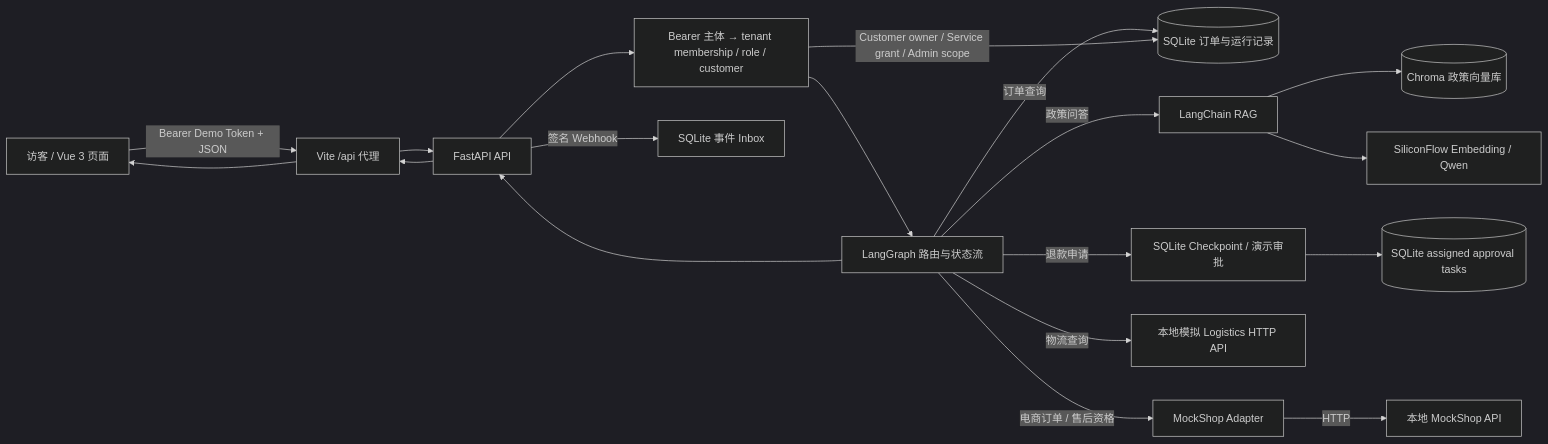
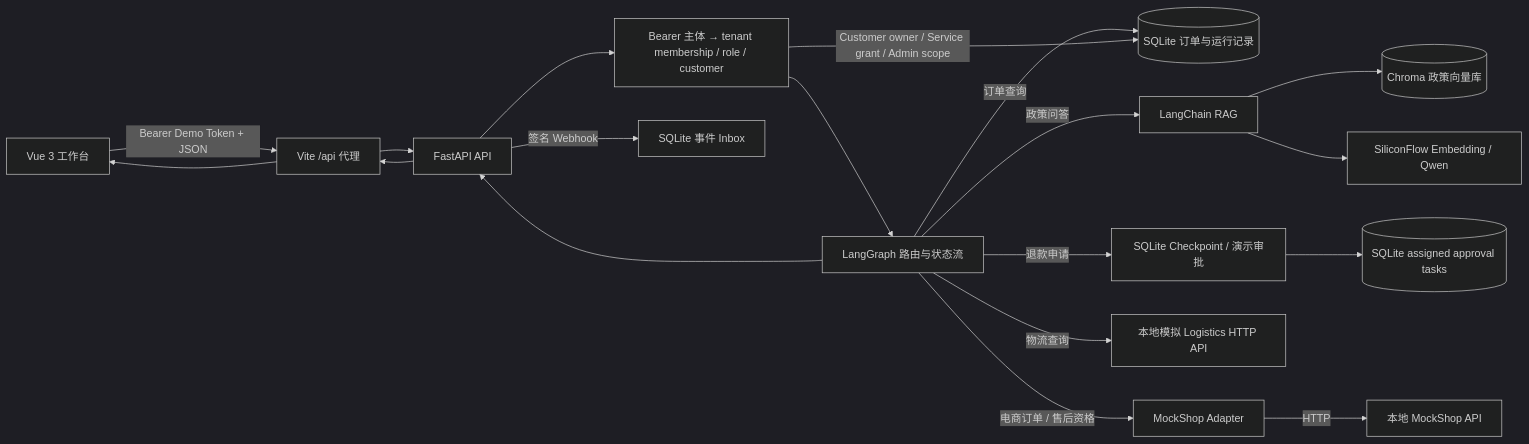
One commit to KaelLee335/enterprise-support-agent-v2 changed the diagram in README.md. Above: the diagram before and after it, drawn with Mermaid (dark theme). The commit also changed other lines of this file, not shown here.

````diff
--- a/README.md
+++ b/README.md
@@ -40,19 +32,19 @@
 ```mermaid
 flowchart LR
-  U[访客 / Vue 3 页面] -->|Bearer Demo Token + JSON| V[Vite /api 代理]
+  U[Vue 3 工作台] -->|Bearer Demo Token + JSON| V[Vite /api 代理]
   V --> F[FastAPI API]
   F --> A[Bearer 主体 → tenant membership / role / customer]
   A --> G[LangGraph 路由与状态流]
   G -->|订单查询| S[(SQLite 订单与运行记录)]
   G -->|政策问答| R[LangChain RAG]
   R --> C[(Chroma 政策向量库)]
   R --> M[SiliconFlow Embedding / Qwen]
   G -->|退款申请| H[SQLite Checkpoint / 演示审批]
   H --> T[(SQLite assigned approval tasks)]
   A -->|Customer owner / Service grant / Admin scope| S
   G -->|物流查询| L[本地模拟 Logistics HTTP API]
   G -->|电商订单 / 售后资格| I[MockShop Adapter]
   I -->|HTTP| P[本地 MockShop API]
   F -->|签名 Webhook| W[SQLite 事件 Inbox]
   G --> F --> V --> U
 ```
````
